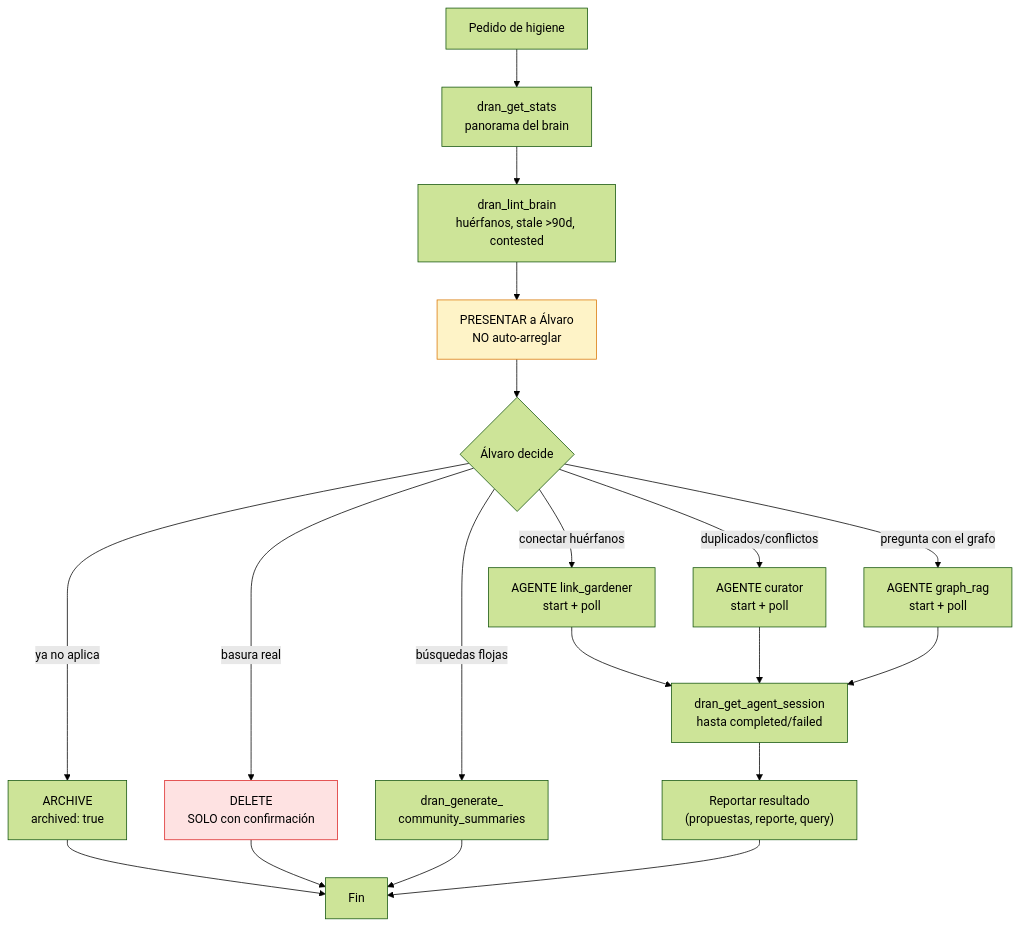
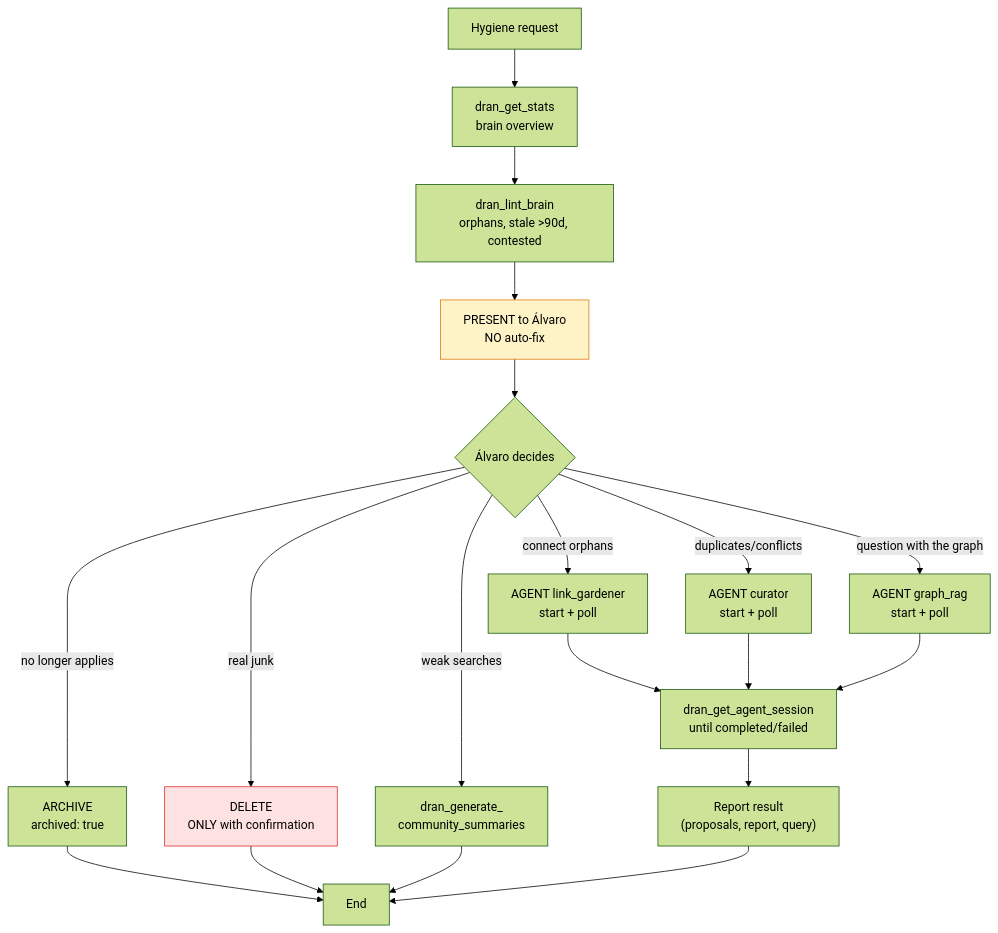
The second of 3 diagrams in skills/maintenance-flow/SKILL.md (alvarolizama/dran), drawn with Mermaid (forest theme) before and after one commit. The commit also changed other lines of this file and 11 other files, not shown here.

Commit message:
feat: traducir skills de dran al inglés (9 flows + dran + references)

````diff
--- a/skills/maintenance-flow/SKILL.md
+++ b/skills/maintenance-flow/SKILL.md
@@ -35,24 +35,24 @@
 ```mermaid
 flowchart TD
-  START[Pedido de higiene] --> STATS["dran_get_stats\npanorama del brain"]
-  STATS --> LINT["dran_lint_brain\nhuérfanos, stale >90d, contested"]
-  LINT --> PRESENT["PRESENTAR a Álvaro\nNO auto-arreglar"]
-  PRESENT --> DECIDE{Álvaro decide}
-  DECIDE -->|"conectar huérfanos"| LG["AGENTE link_gardener\nstart + poll"]
-  DECIDE -->|"duplicados/conflictos"| CU["AGENTE curator\nstart + poll"]
-  DECIDE -->|"pregunta con el grafo"| GR["AGENTE graph_rag\nstart + poll"]
-  DECIDE -->|"ya no aplica"| ARCH["ARCHIVE\narchived: true"]
-  DECIDE -->|"basura real"| DEL["DELETE\nSOLO con confirmación"]
-  DECIDE -->|"búsquedas flojas"| CS["dran_generate_\ncommunity_summaries"]
-  LG --> POLL["dran_get_agent_session\nhasta completed/failed"]
+  START[Hygiene request] --> STATS["dran_get_stats\nbrain overview"]
+  STATS --> LINT["dran_lint_brain\norphans, stale >90d, contested"]
+  LINT --> PRESENT["PRESENT to Álvaro\nNO auto-fix"]
+  PRESENT --> DECIDE{Álvaro decides}
+  DECIDE -->|"connect orphans"| LG["AGENT link_gardener\nstart + poll"]
+  DECIDE -->|"duplicates/conflicts"| CU["AGENT curator\nstart + poll"]
+  DECIDE -->|"question with the graph"| GR["AGENT graph_rag\nstart + poll"]
+  DECIDE -->|"no longer applies"| ARCH["ARCHIVE\narchived: true"]
+  DECIDE -->|"real junk"| DEL["DELETE\nONLY with confirmation"]
+  DECIDE -->|"weak searches"| CS["dran_generate_\ncommunity_summaries"]
+  LG --> POLL["dran_get_agent_session\nuntil completed/failed"]
   CU --> POLL
   GR --> POLL
-  POLL --> REPORT["Reportar resultado\n(propuestas, reporte, query)"]
-  ARCH --> DONE[Fin]
+  POLL --> REPORT["Report result\n(proposals, report, query)"]
+  ARCH --> DONE[End]
   DEL --> DONE
   CS --> DONE
   REPORT --> DONE
 
   style PRESENT fill:#fef3c7,stroke:#d97706
   style DEL fill:#fee2e2,stroke:#dc2626
 ```
````
